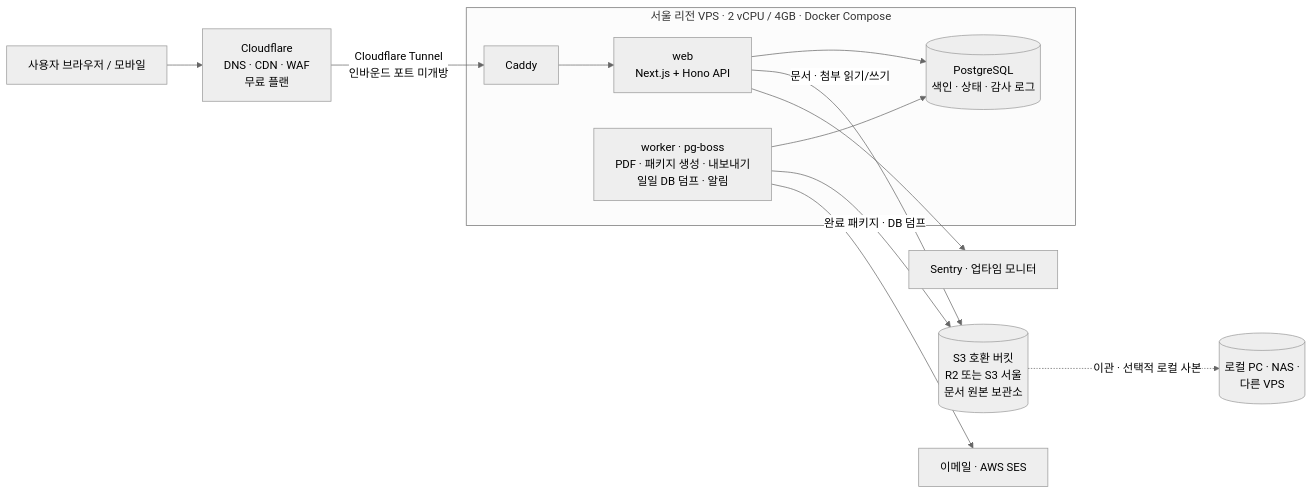
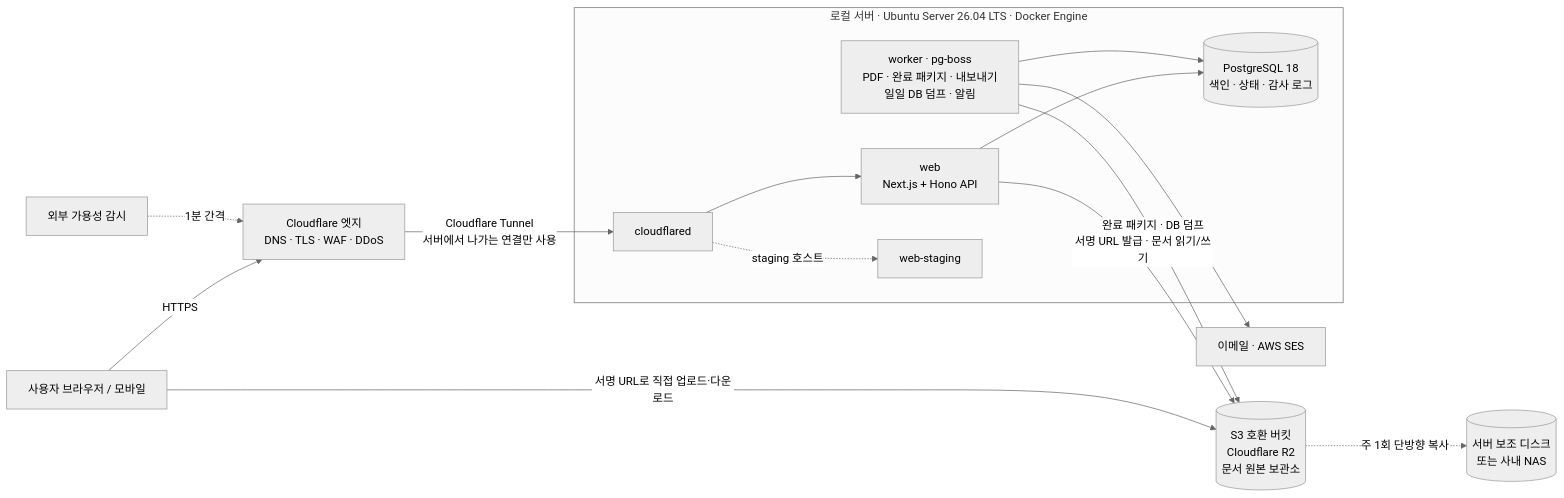
One commit to 4mcorp/fmERP changed the first of 2 diagrams in docs/DEPLOYMENT_PLAN.md. Above: the diagram before and after it, drawn with Mermaid (neutral theme). The commit also changed other lines of this file and 8 other files, not shown here.

````diff
--- a/docs/DEPLOYMENT_PLAN.md
+++ b/docs/DEPLOYMENT_PLAN.md
@@ -96,15 +77,17 @@
 ```mermaid
 flowchart LR
-    U[사용자 브라우저 / 모바일] --> CF[Cloudflare<br/>DNS · CDN · WAF<br/>무료 플랜]
-    CF -- Cloudflare Tunnel<br/>인바운드 포트 미개방 --> C
-    subgraph VPS[서울 리전 VPS · 2 vCPU / 4GB · Docker Compose]
-        C[Caddy] --> API[web<br/>Next.js + Hono API]
-        API --> PG[(PostgreSQL<br/>색인 · 상태 · 감사 로그)]
-        WK[worker · pg-boss<br/>PDF · 패키지 생성 · 내보내기<br/>일일 DB 덤프 · 알림] --> PG
+    U[사용자 브라우저 / 모바일] -- HTTPS --> CF[Cloudflare 엣지<br/>DNS · TLS · WAF · DDoS]
+    CF -- Cloudflare Tunnel<br/>서버에서 나가는 연결만 사용 --> CD
+    subgraph SRV[로컬 서버 · Ubuntu Server 26.04 LTS · Docker Engine]
+        CD[cloudflared] --> W[web<br/>Next.js + Hono API]
+        W --> PG[(PostgreSQL 18<br/>색인 · 상태 · 감사 로그)]
+        WK[worker · pg-boss<br/>PDF · 완료 패키지 · 내보내기<br/>일일 DB 덤프 · 알림] --> PG
+        CD -. staging 호스트 .-> WS[web-staging]
     end
-    API -- 문서 · 첨부 읽기/쓰기 --> S3[(S3 호환 버킷<br/>R2 또는 S3 서울<br/>문서 원본 보관소)]
+    U -- 서명 URL로 직접 업로드·다운로드 --> S3
+    W -- 서명 URL 발급 · 문서 읽기/쓰기 --> S3[(S3 호환 버킷<br/>Cloudflare R2<br/>문서 원본 보관소)]
     WK -- 완료 패키지 · DB 덤프 --> S3
-    S3 -. 이관 · 선택적 로컬 사본 .-> L[(로컬 PC · NAS ·<br/>다른 VPS)]
-    WK --> SES[이메일 · AWS SES]
-    API --> SEN[Sentry · 업타임 모니터]
+    S3 -. 주 1회 단방향 복사 .-> L[(서버 보조 디스크<br/>또는 사내 NAS)]
+    WK --> MAIL[이메일 · AWS SES]
+    MON[외부 가용성 감시] -. 1분 간격 .-> CF
 ```
````
